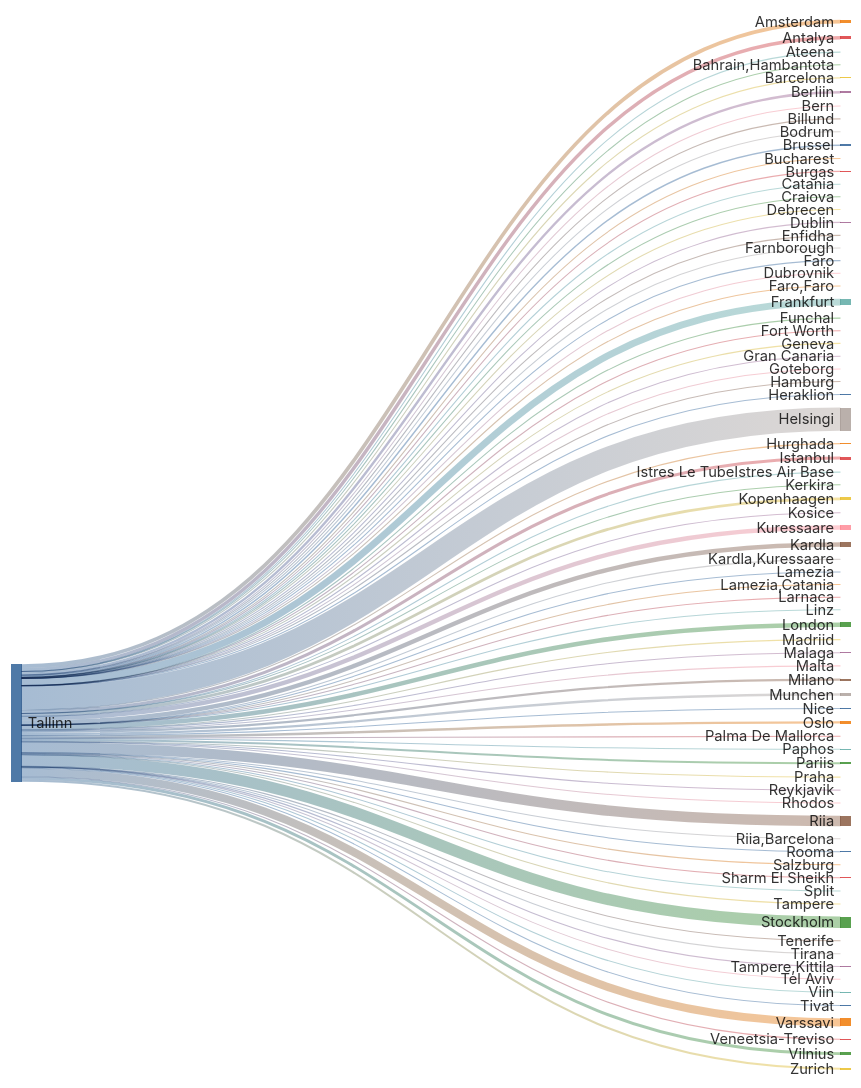
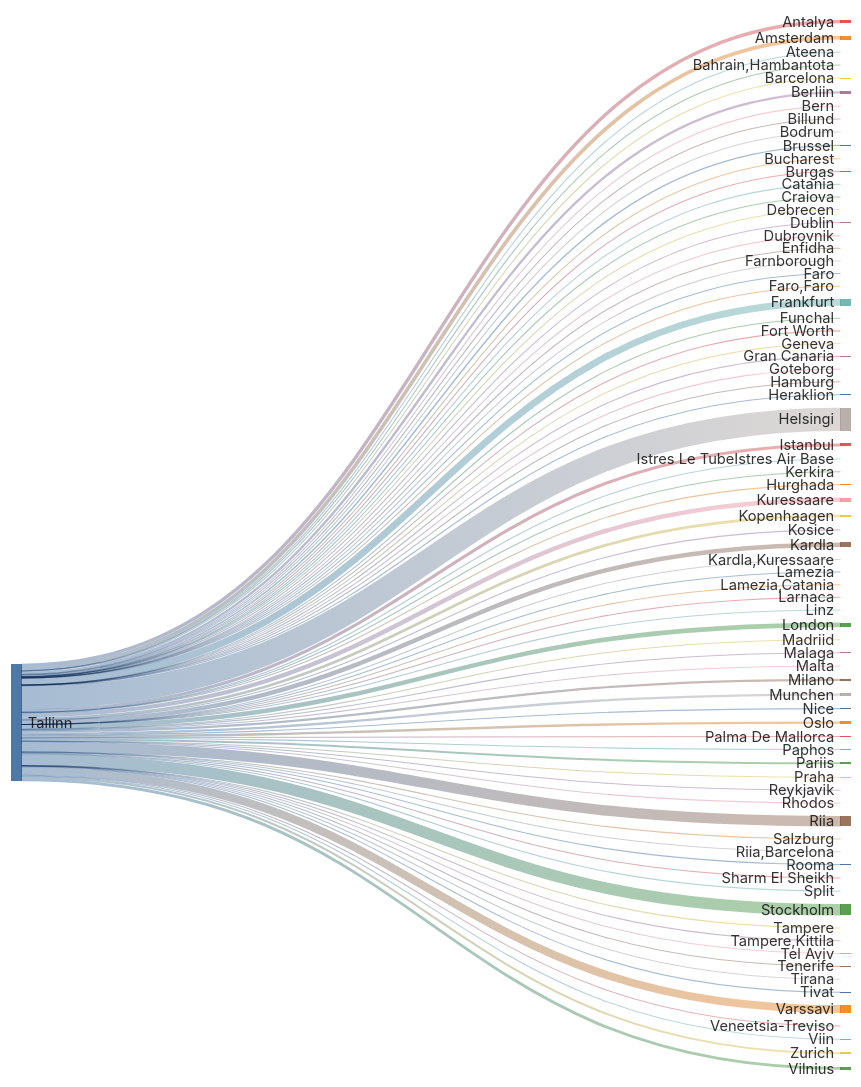
One commit to rainermesi/tll-airport-departures changed the second of 2 diagrams in README.md. Above: the diagram before and after it, drawn with Mermaid. The commit also changed other lines of this file and 1 other file, not shown here.

````diff
--- a/README.md
+++ b/README.md
@@ -41,81 +41,81 @@
 ---
 sankey-beta
 %% source,target,value
-Tallinn,Amsterdam,453
+Tallinn,Amsterdam,455
 Tallinn,Antalya,416
 Tallinn,Ateena,16
 Tallinn,"Bahrain,Hambantota",1
 Tallinn,Barcelona,127
-Tallinn,Berliin,288
+Tallinn,Berliin,290
 Tallinn,Bern,1
 Tallinn,Billund,73
 Tallinn,Bodrum,11
-Tallinn,Brussel,178
+Tallinn,Brussel,179
 Tallinn,Bucharest,1
 Tallinn,Burgas,53
 Tallinn,Catania,2
 Tallinn,Craiova,1
 Tallinn,Debrecen,1
-Tallinn,Dublin,90
+Tallinn,Dublin,91
 Tallinn,Dubrovnik,21
 Tallinn,Enfidha,7
 Tallinn,Farnborough,1
 Tallinn,Faro,4
 Tallinn,"Faro,Faro",1
 Tallinn,Fort Worth,1
-Tallinn,Frankfurt,834
+Tallinn,Frankfurt,837
 Tallinn,Funchal,5
 Tallinn,Geneva,13
 Tallinn,Gran Canaria,38
 Tallinn,Goteborg,2
 Tallinn,Hamburg,2
-Tallinn,Helsingi,2817
-Tallinn,Heraklion,91
+Tallinn,Helsingi,2826
+Tallinn,Heraklion,92
 Tallinn,Hurghada,75
-Tallinn,Istanbul,368
+Tallinn,Istanbul,369
 Tallinn,Istres Le TubeIstres Air Base,2
 Tallinn,Kerkira,4
-Tallinn,Kopenhaagen,334
+Tallinn,Kopenhaagen,335
 Tallinn,Kosice,1
-Tallinn,Kuressaare,535
-Tallinn,Kardla,537
+Tallinn,Kuressaare,536
+Tallinn,Kardla,538
 Tallinn,"Kardla,Kuressaare",1
 Tallinn,Lamezia,1
 Tallinn,"Lamezia,Catania",3
 Tallinn,Larnaca,4
 Tallinn,Linz,2
-Tallinn,London,554
-Tallinn,Madriid,2
+Tallinn,London,556
+Tallinn,Madriid,3
 Tallinn,Malaga,113
 Tallinn,Malta,27
-Tallinn,Milano,267
-Tallinn,Munchen,281
-Tallinn,Nice,47
-Tallinn,Oslo,286
+Tallinn,Milano,268
+Tallinn,Munchen,283
+Tallinn,Nice,48
+Tallinn,Oslo,288
 Tallinn,Palma De Mallorca,31
 Tallinn,Paphos,66
-Tallinn,Pariis,242
-Tallinn,Praha,79
+Tallinn,Pariis,243
+Tallinn,Praha,80
 Tallinn,Reykjavik,16
 Tallinn,Rhodos,55
-Tallinn,Riia,1266
+Tallinn,Riia,1270
 Tallinn,"Riia,Barcelona",1
 Tallinn,Rooma,80
 Tallinn,Salzburg,14
 Tallinn,Sharm El Sheikh,101
-Tallinn,Split,48
-Tallinn,Stockholm,1387
+Tallinn,Split,49
+Tallinn,Stockholm,1391
 Tallinn,Tampere,17
 Tallinn,"Tampere,Kittila",21
 Tallinn,Tel Aviv,2
 Tallinn,Tenerife,58
 Tallinn,Tirana,29
-Tallinn,Tivat,59
-Tallinn,Varssavi,972
+Tallinn,Tivat,60
+Tallinn,Varssavi,976
 Tallinn,Veneetsia-Treviso,67
 Tallinn,Viin,106
-Tallinn,Vilnius,350
-Tallinn,Zurich,248
+Tallinn,Vilnius,351
+Tallinn,Zurich,249
 
 
 ```
````
